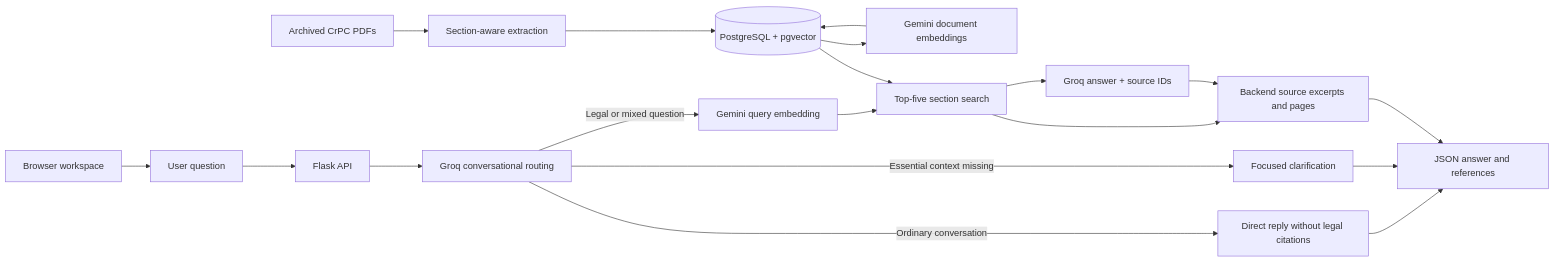
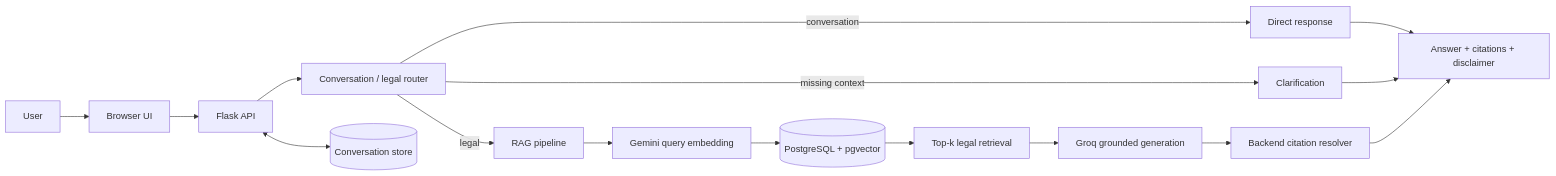
The first of 3 diagrams in README.md (nahid2003131/AinBondhu), drawn with Mermaid before and after one commit. The commit also changed other lines of this file and 4 other files, not shown here.

````diff
--- a/README.md
+++ b/README.md
@@ -31,21 +52,22 @@
 ```mermaid
 flowchart LR
-    PDFs[Archived CrPC PDFs] --> Ingest[Section-aware extraction]
-    Ingest --> DB[(PostgreSQL + pgvector)]
-    DB --> Embed[Gemini document embeddings]
-    Embed --> DB
-    Question[User question] --> Flask[Flask API]
-    Browser[Browser workspace] --> Question
-    Flask --> Route[Groq conversational routing]
-    Route -->|Ordinary conversation| Chat[Direct reply without legal citations]
-    Route -->|Essential context missing| Clarify[Focused clarification]
-    Route -->|Legal or mixed question| Query[Gemini query embedding]
-    Chat --> Result
-    Clarify --> Result
-    Query --> Search[Top-five section search]
-    DB --> Search
-    Search --> Groq[Groq answer + source IDs]
-    Search --> Cite[Backend source excerpts and pages]
-    Groq --> Cite
-    Cite --> Result[JSON answer and references]
+    U[User] --> UI[Browser UI]
+    UI --> API[Flask API]
+    API --> ROUTER[Conversation / legal router]
+
+    ROUTER -->|conversation| DIRECT[Direct response]
+    ROUTER -->|missing context| CLARIFY[Clarification]
+    ROUTER -->|legal| RAG[RAG pipeline]
+
+    RAG --> QE[Gemini query embedding]
+    QE --> DB[(PostgreSQL + pgvector)]
+    DB --> RETRIEVE[Top-k legal retrieval]
+    RETRIEVE --> GEN[Groq grounded generation]
+    GEN --> CITE[Backend citation resolver]
+
+    DIRECT --> OUT[Response]
+    CLARIFY --> OUT
+    CITE --> OUT[Answer + citations + disclaimer]
+
+    API <--> CHAT[(Conversation store)]
 ```
````
